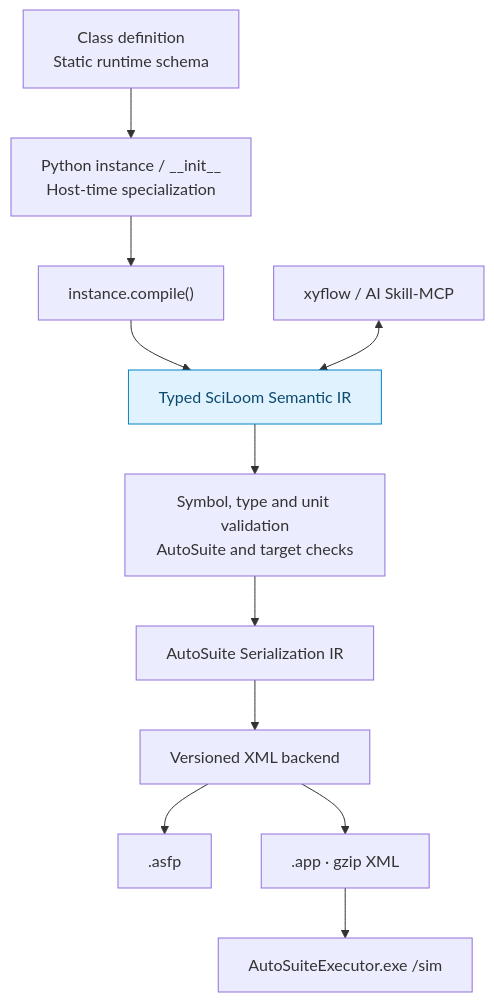
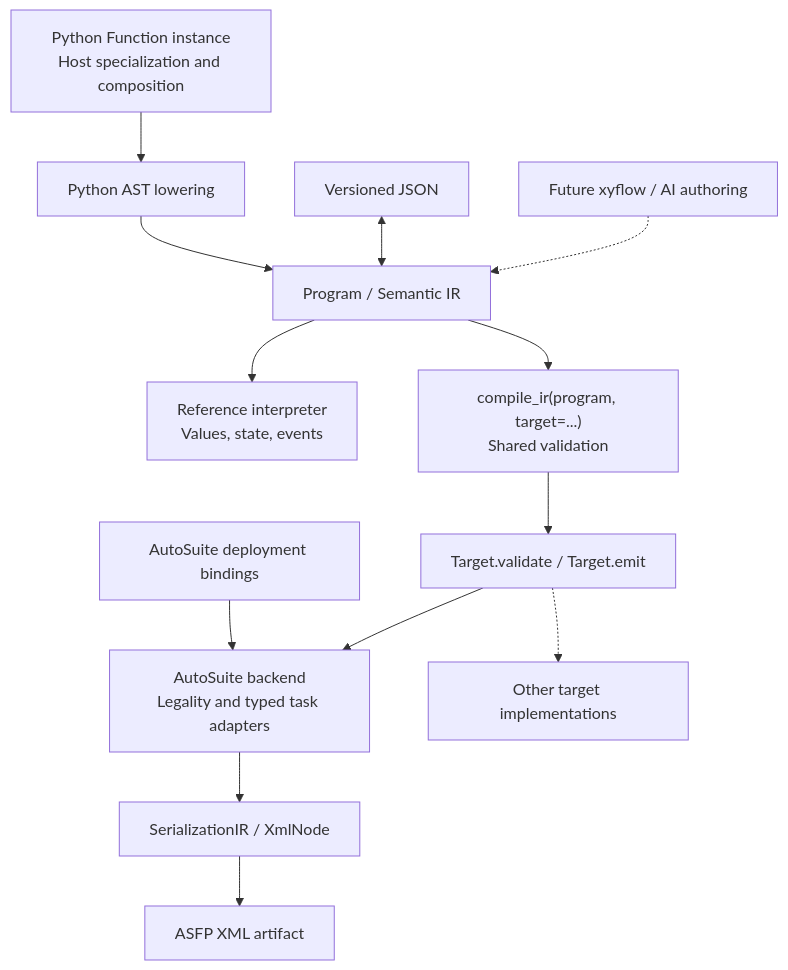
The diagram in docs/02_COMPILER_ARCHITECTURE.md (TsumiNa/sciloom), drawn with Mermaid before and after one commit. The commit also changed other lines of this file and 21 other files, not shown here.

First line of the commit message:
Compile agitation intent to AutoSuite ASFP (#9)

````diff
--- a/docs/02_COMPILER_ARCHITECTURE.md
+++ b/docs/02_COMPILER_ARCHITECTURE.md
@@ -7,15 +9,15 @@
 ```mermaid
 flowchart TB
-    Class["Class definition<br/>Static runtime schema"] --> Instance["Python instance / __init__<br/>Host-time specialization"]
-    Instance --> Compile["instance.compile()"]
-    Compile --> IR["Typed SciLoom Semantic IR"]
-    Editors["xyflow / AI Skill-MCP"] <--> IR
-    IR --> Checks["Symbol, type and unit validation<br/>AutoSuite and target checks"]
-    Checks --> SIR["AutoSuite Serialization IR"]
-    SIR --> XML["Versioned XML backend"]
-    XML --> ASFP[".asfp"]
-    XML --> APP[".app · gzip XML"]
-    APP --> Executor["AutoSuiteExecutor.exe /sim"]
-    classDef core fill:#e0f2fe,stroke:#0284c7,color:#0c4a6e;
-    class IR core;
+    Python["Python Function instance<br/>Host specialization and composition"] --> Lower["Python AST lowering"]
+    Lower --> IR["Program / Semantic IR"]
+    JSON["Versioned JSON"] <--> IR
+    Author["Future xyflow / AI authoring"] -.-> IR
+    IR --> Reference["Reference interpreter<br/>Values, state, events"]
+    IR --> Compile["compile_ir(program, target=...)<br/>Shared validation"]
+    Compile --> Target["Target.validate / Target.emit"]
+    Bind["AutoSuite deployment bindings"] --> AutoSuite
+    Target --> AutoSuite["AutoSuite backend<br/>Legality and typed task adapters"]
+    Target -.-> Other["Other target implementations"]
+    AutoSuite --> SIR["SerializationIR / XmlNode"]
+    SIR --> XML["ASFP XML artifact"]
 ```
````
